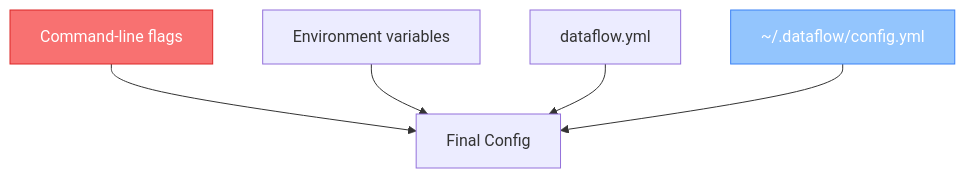
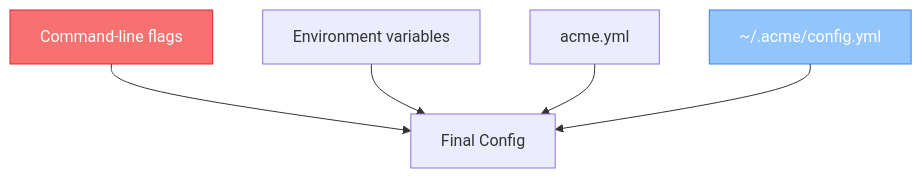
The diagram in configuration/README.md (acme-saas/docs), drawn with Mermaid before and after one commit. The commit also changed other lines of this file and 32 other files, not shown here.

````diff
--- a/configuration/README.md
+++ b/configuration/README.md
@@ -13,10 +13,10 @@
 ```mermaid
 graph TD
     A["Command-line flags"] --> E[Final Config]
     B["Environment variables"] --> E
-    C["dataflow.yml"] --> E
-    D["~/.dataflow/config.yml"] --> E
+    C["acme.yml"] --> E
+    D["~/.acme/config.yml"] --> E
 
     style A fill:#f87171,stroke:#dc2626,color:#fff
     style D fill:#93c5fd,stroke:#3b82f6,color:#fff
 ```
````
